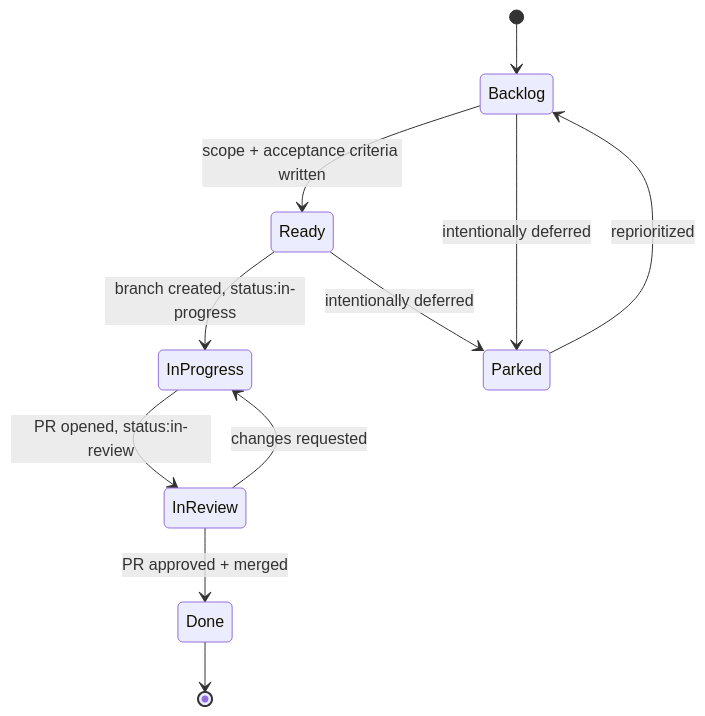
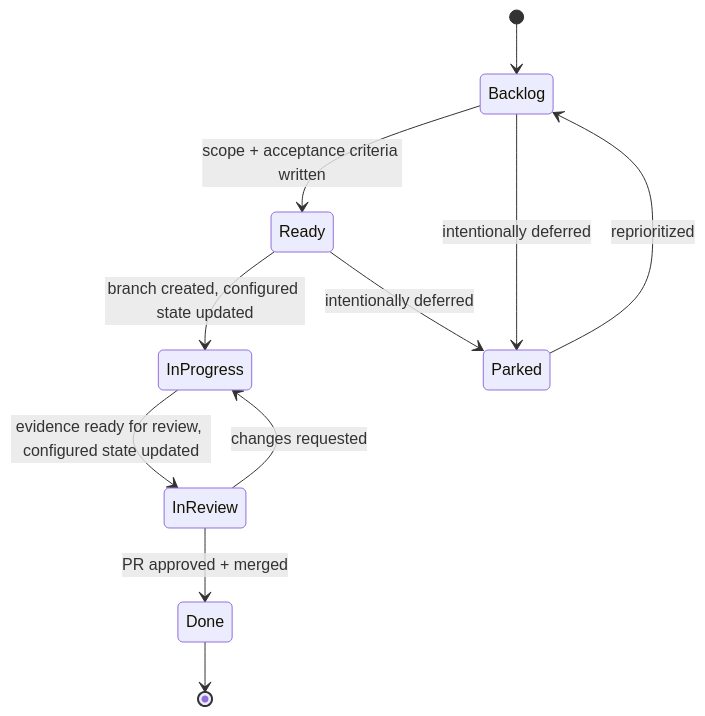
One commit to tongvtdan/project-agent-workflow-template changed the diagram in SPEC.md. Above: the diagram before and after it, drawn with Mermaid. The commit also changed other lines of this file and 9 other files, not shown here.

````diff
--- a/SPEC.md
+++ b/SPEC.md
@@ -243,13 +243,13 @@
 ```mermaid
 stateDiagram-v2
     [*] --> Backlog
     Backlog --> Ready: scope + acceptance criteria written
-    Ready --> InProgress: branch created, status:in-progress
-    InProgress --> InReview: PR opened, status:in-review
+    Ready --> InProgress: branch created, configured state updated
+    InProgress --> InReview: evidence ready for review, configured state updated
     InReview --> InProgress: changes requested
     InReview --> Done: PR approved + merged
     Backlog --> Parked: intentionally deferred
     Ready --> Parked: intentionally deferred
     Parked --> Backlog: reprioritized
     Done --> [*]
 ```
````
